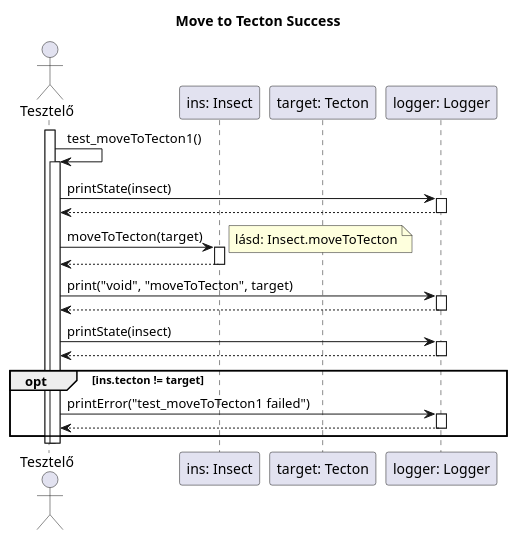
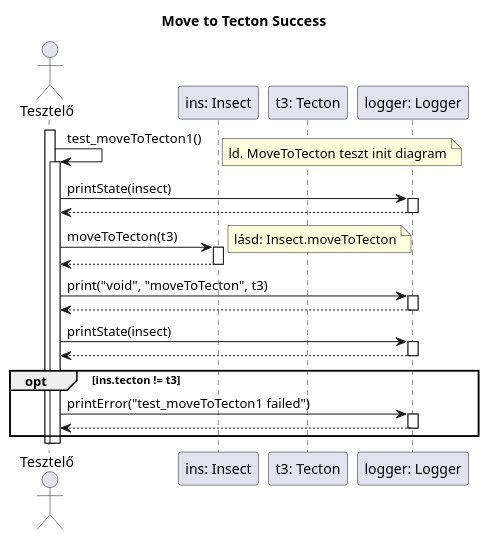
Before and after one commit to dzsem/projlab: the diagram in diagrams/test-sequence/insect/moveToTecton1.plantuml, drawn with PlantUML. The commit also changed 5 other files, not shown here.

```diff
--- a/diagrams/test-sequence/insect/moveToTecton1.plantuml
+++ b/diagrams/test-sequence/insect/moveToTecton1.plantuml
@@ -1,50 +1,51 @@
 @startuml test_moveToTecton1
 
 title Move to Tecton Success
 
 actor "Tesztelő" as t
 participant "ins: Insect" as i
-participant "target: Tecton" as target
+participant "t3: Tecton" as t3
 participant "logger: Logger" as logger
 
 activate t
 t -> t: test_moveToTecton1()
+note right: ld. MoveToTecton teszt init diagram
 activate t
 
 	t -> logger: printState(insect)
 	activate logger
 
 	t <-- logger
 	deactivate logger
 
-	t -> i: moveToTecton(target)
+	t -> i: moveToTecton(t3)
 	activate i
 	note right: lásd: Insect.moveToTecton
 
 	t <-- i
 	deactivate i
 
-	t -> logger: print("void", "moveToTecton", target)
+	t -> logger: print("void", "moveToTecton", t3)
 	activate logger
 
 	t <-- logger
 	deactivate logger
 
 	t -> logger: printState(insect)
 	activate logger
 	t <-- logger
 	deactivate logger
 
-	opt ins.tecton != target
+	opt ins.tecton != t3
 		t -> logger: printError("test_moveToTecton1 failed")
 		activate logger
 
 		t <-- logger
 		deactivate logger
 	end
 
 	deactivate t
 deactivate t
 
 
 @enduml
```
